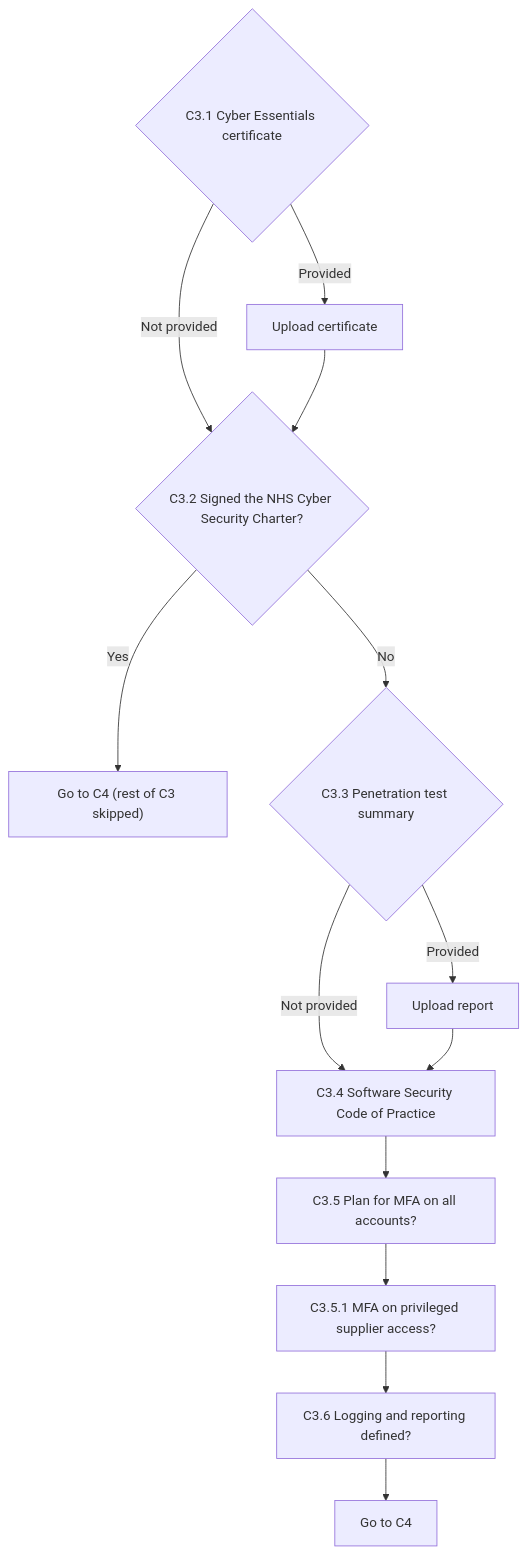
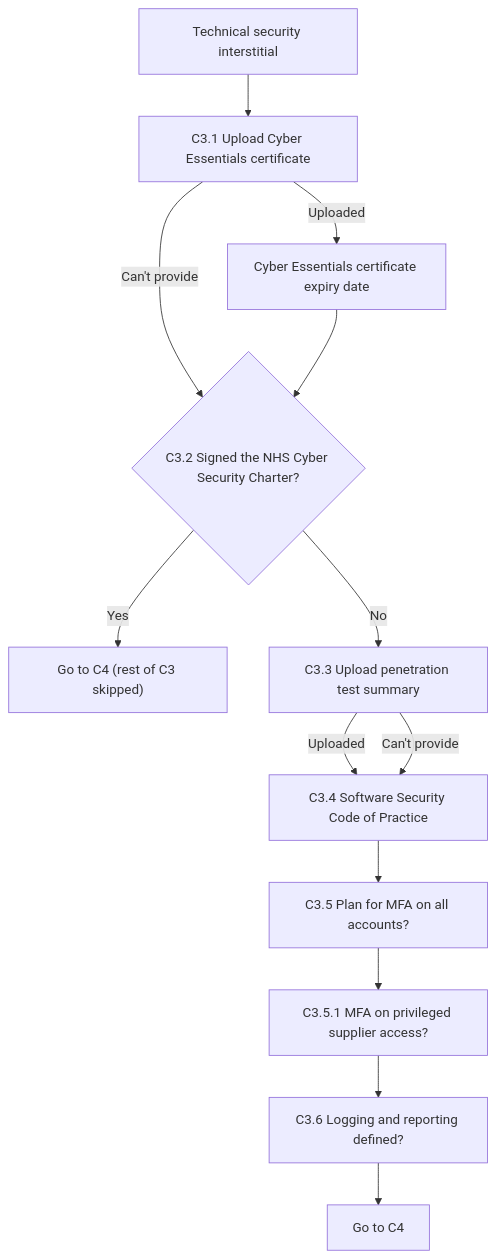
The ninth of 13 diagrams in docs/SUPPLIER_PORTAL_FLOWS.md (ataylanez/HealthStore-beta-Ezgi), drawn with Mermaid before and after one commit. The commit also changed other lines of this file and 76 other files, not shown here.

First line of the commit message:
Let product onboarding accept several files or a can't-provide answer, and show products that are visible but not available to commission.

````diff
--- a/docs/SUPPLIER_PORTAL_FLOWS.md
+++ b/docs/SUPPLIER_PORTAL_FLOWS.md
@@ -179,16 +236,16 @@
 ```mermaid
 flowchart TD
-  C31{"C3.1 Cyber Essentials certificate"}
-  C31 -->|Provided| C31up["Upload certificate"]
-  C31 -->|Not provided| C32
-  C31up --> C32{"C3.2 Signed the NHS Cyber Security Charter?"}
+  intro["Technical security interstitial"] --> C31["C3.1 Upload Cyber Essentials certificate"]
+  C31 -->|Uploaded| C31exp["Cyber Essentials certificate expiry date"]
+  C31 -->|Can't provide| C32
+  C31exp --> C32{"C3.2 Signed the NHS Cyber Security Charter?"}
   C32 -->|Yes| toC4a["Go to C4 (rest of C3 skipped)"]
-  C32 -->|No| C33{"C3.3 Penetration test summary"}
-  C33 -->|Provided| C33up["Upload report"]
-  C33 -->|Not provided| C34
-  C33up --> C34["C3.4 Software Security Code of Practice"]
+  C32 -->|No| C33["C3.3 Upload penetration test summary"]
+  C33 -->|Uploaded| C34
+  C33 -->|Can't provide| C34
+  C34["C3.4 Software Security Code of Practice"]
   C34 --> C35["C3.5 Plan for MFA on all accounts?"]
   C35 --> C351["C3.5.1 MFA on privileged supplier access?"]
   C351 --> C36["C3.6 Logging and reporting defined?"]
   C36 --> toC4b[Go to C4]
 ```
````
